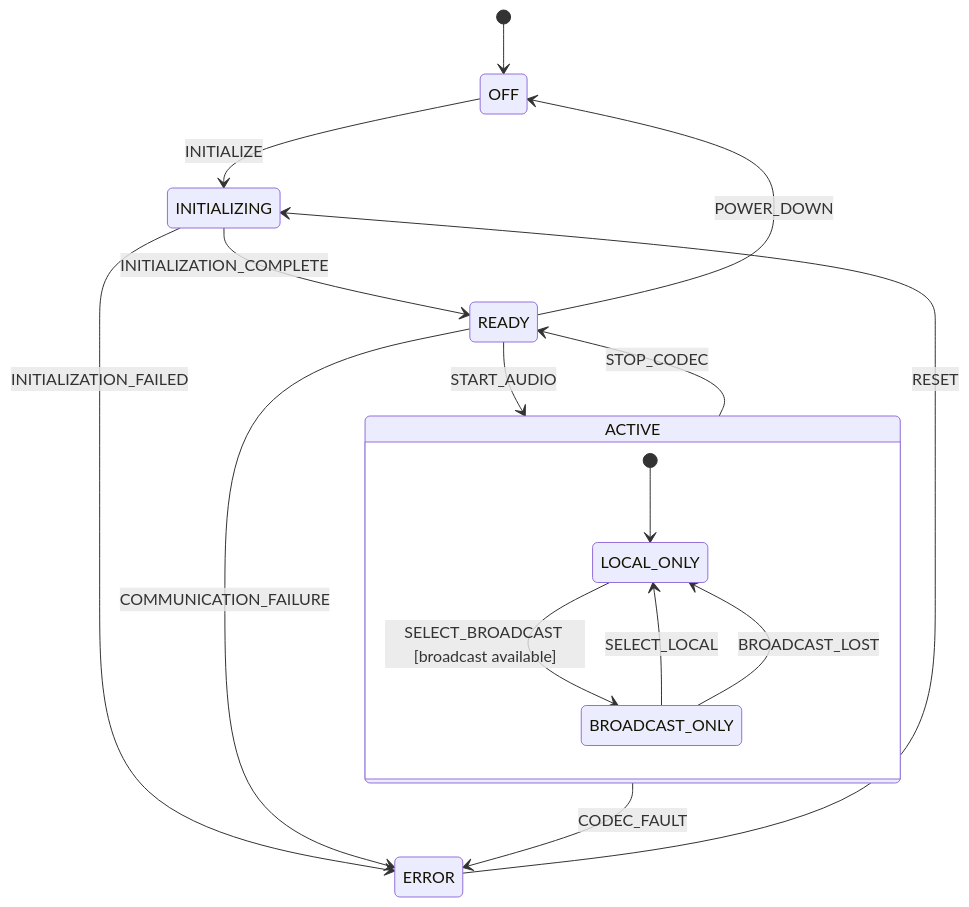
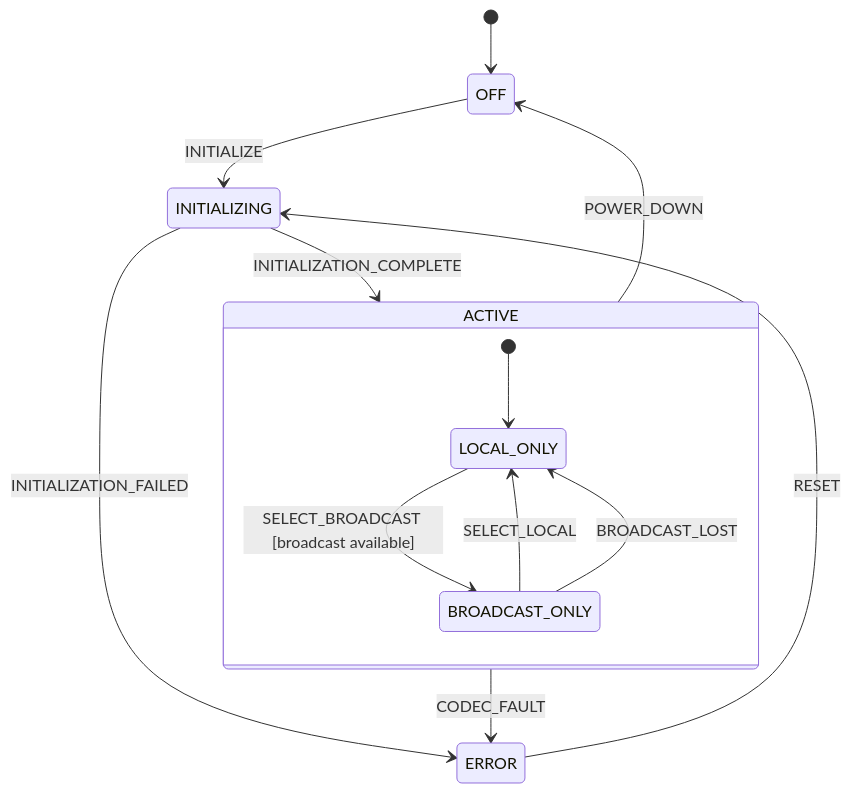
The fifth of 6 diagrams in docs/architecture/control-plane.md (Matheus-Cavalcanti/tiresias-soak-test), drawn with Mermaid before and after one commit. The commit also changed other lines of this file and 7 other files, not shown here.

First line of the commit message:
Enhance control plane architecture with initial command-progress model and subsystem state management

````diff
--- a/docs/architecture/control-plane.md
+++ b/docs/architecture/control-plane.md
@@ -279,23 +310,19 @@
 ```mermaid
 stateDiagram-v2
     [*] --> OFF
     OFF --> INITIALIZING: INITIALIZE
-    INITIALIZING --> READY: INITIALIZATION_COMPLETE
+    INITIALIZING --> ACTIVE: INITIALIZATION_COMPLETE
     INITIALIZING --> ERROR: INITIALIZATION_FAILED
 
     state ACTIVE {
         [*] --> LOCAL_ONLY
         LOCAL_ONLY --> BROADCAST_ONLY: SELECT_BROADCAST [broadcast available]
         BROADCAST_ONLY --> LOCAL_ONLY: SELECT_LOCAL
 
         BROADCAST_ONLY --> LOCAL_ONLY: BROADCAST_LOST
     }
 
-    READY --> ACTIVE: START_AUDIO
-    ACTIVE --> READY: STOP_CODEC
-
-    READY --> OFF: POWER_DOWN
+    ACTIVE --> OFF: POWER_DOWN
     ACTIVE --> ERROR: CODEC_FAULT
-    READY --> ERROR: COMMUNICATION_FAILURE
     ERROR --> INITIALIZING: RESET
 ```
````
